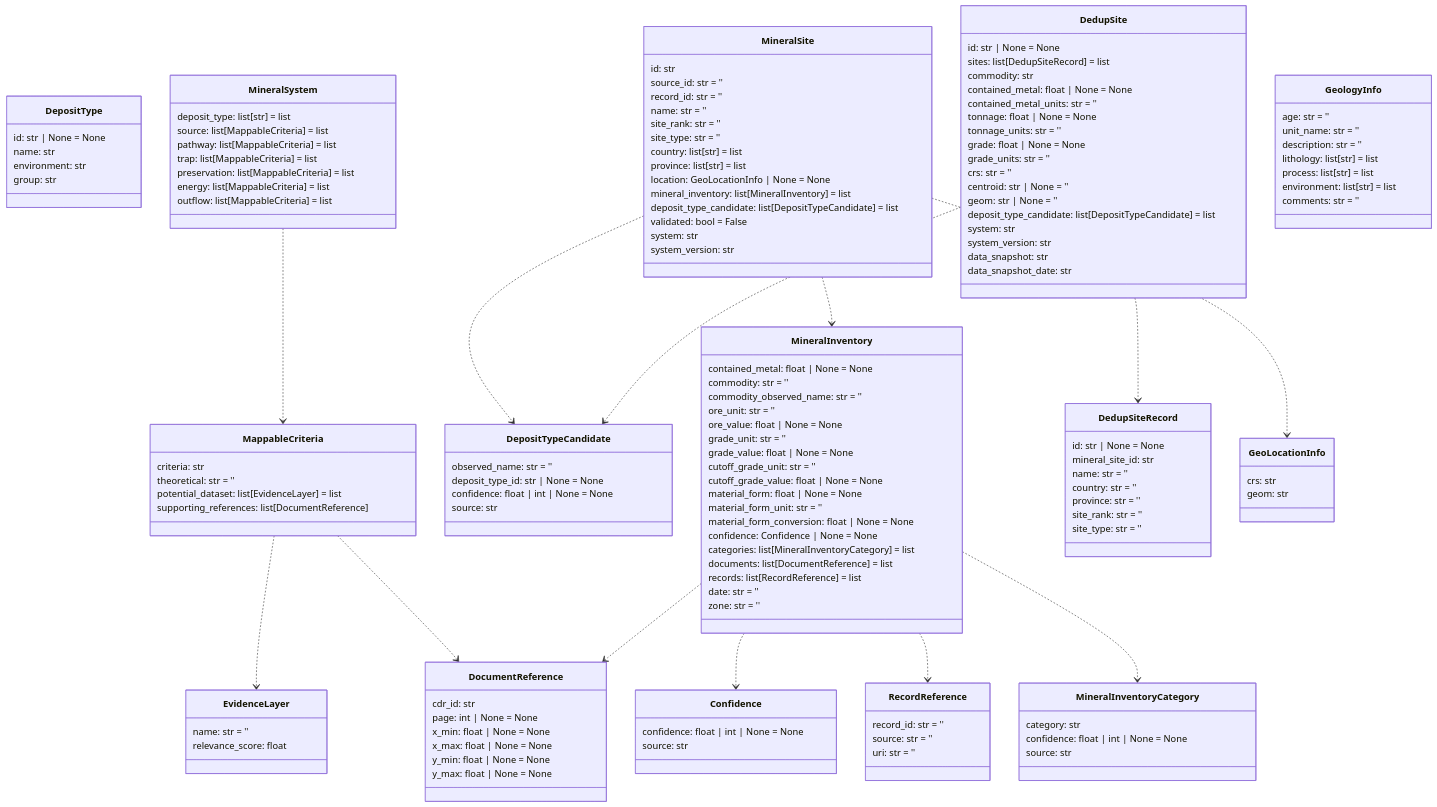
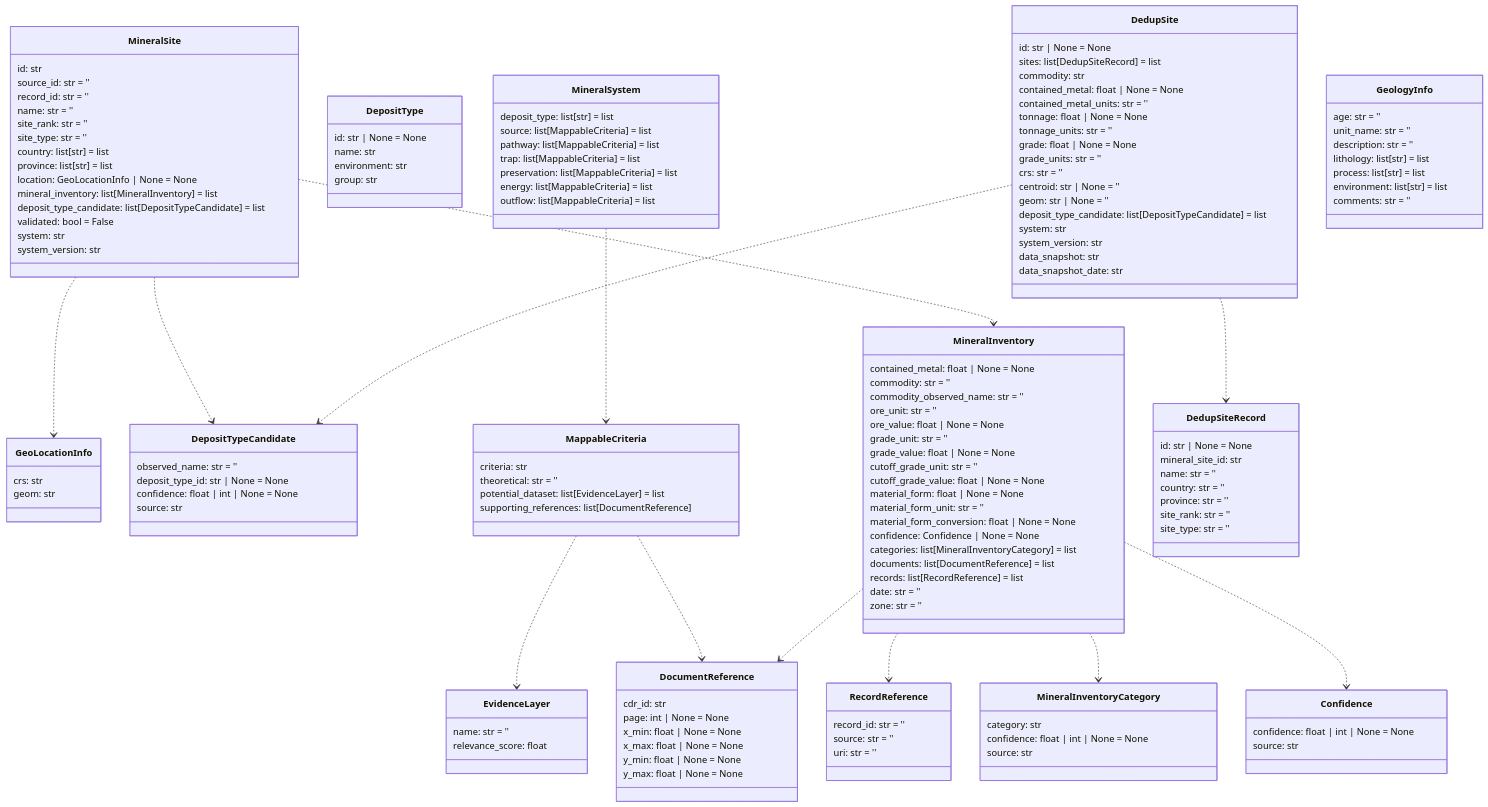
One commit to DARPA-CRITICALMAAS/cdr_schemas changed the tenth of 14 diagrams in README.md. Above: the diagram before and after it, drawn with Mermaid. The commit also changed other lines of this file and 1 other file, not shown here.

````diff
--- a/README.md
+++ b/README.md
@@ -766,10 +766,55 @@
 ```mermaid
 classDiagram
 
-    class RecordReference {
+    class EvidenceLayer {
+        name: str = ''
+        relevance_score: float
+    }
+
+    class MineralSystem {
+        deposit_type: list[str] = list
+        source: list[MappableCriteria] = list
+        pathway: list[MappableCriteria] = list
+        trap: list[MappableCriteria] = list
+        preservation: list[MappableCriteria] = list
+        energy: list[MappableCriteria] = list
+        outflow: list[MappableCriteria] = list
+    }
+
+    class DepositType {
+        id: str | None = None
+        name: str
+        environment: str
+        group: str
+    }
+
+    class GeoLocationInfo {
+        crs: str
+        geom: str
+    }
+
+    class DepositTypeCandidate {
+        observed_name: str = ''
+        deposit_type_id: str | None = None
+        confidence: float | int | None = None
+        source: str
+    }
+
+    class MineralSite {
+        id: str
+        source_id: str = ''
         record_id: str = ''
-        source: str = ''
-        uri: str = ''
+        name: str = ''
+        site_rank: str = ''
+        site_type: str = ''
+        country: list[str] = list
+        province: list[str] = list
+        location: GeoLocationInfo | None = None
+        mineral_inventory: list[MineralInventory] = list
+        deposit_type_candidate: list[DepositTypeCandidate] = list
+        validated: bool = False
+        system: str
+        system_version: str
     }
 
     class MineralInventory {
@@ -793,18 +838,6 @@
         zone: str = ''
     }
 
-    class EvidenceLayer {
-        name: str = ''
-        relevance_score: float
-    }
-
-    class DepositTypeCandidate {
-        observed_name: str = ''
-        deposit_type_id: str | None = None
-        confidence: float | int | None = None
-        source: str
-    }
-
     class DocumentReference {
         cdr_id: str
         page: int | None = None
@@ -821,38 +854,9 @@
         supporting_references: list[DocumentReference]
     }
 
-    class DepositType {
-        id: str | None = None
-        name: str
-        environment: str
-        group: str
-    }
-
-    class MineralSystem {
-        deposit_type: list[str] = list
-        source: list[MappableCriteria] = list
-        pathway: list[MappableCriteria] = list
-        trap: list[MappableCriteria] = list
-        preservation: list[MappableCriteria] = list
-        energy: list[MappableCriteria] = list
-        outflow: list[MappableCriteria] = list
-    }
-
-    class MineralSite {
-        id: str
-        source_id: str = ''
-        record_id: str = ''
-        name: str = ''
-        site_rank: str = ''
-        site_type: str = ''
-        country: list[str] = list
-        province: list[str] = list
-        location: GeoLocationInfo | None = None
-        mineral_inventory: list[MineralInventory] = list
-        deposit_type_candidate: list[DepositTypeCandidate] = list
-        validated: bool = False
-        system: str
-        system_version: str
+    class Confidence {
+        confidence: float | int | None = None
+        source: str
     }
 
     class DedupSiteRecord {
@@ -863,17 +867,6 @@
         province: str = ''
         site_rank: str = ''
         site_type: str = ''
-    }
-
-    class MineralInventoryCategory {
-        category: str
-        confidence: float | int | None = None
-        source: str
-    }
-
-    class GeoLocationInfo {
-        crs: str
-        geom: str
     }
 
     class DedupSite {
@@ -896,7 +889,14 @@
         data_snapshot_date: str
     }
 
-    class Confidence {
+    class RecordReference {
+        record_id: str = ''
+        source: str = ''
+        uri: str = ''
+    }
+
+    class MineralInventoryCategory {
+        category: str
         confidence: float | int | None = None
         source: str
     }
@@ -914,15 +914,15 @@
     MappableCriteria ..> EvidenceLayer
     MappableCriteria ..> DocumentReference
     MineralSystem ..> MappableCriteria
+    MineralInventory ..> RecordReference
+    MineralInventory ..> MineralInventoryCategory
     MineralInventory ..> Confidence
     MineralInventory ..> DocumentReference
-    MineralInventory ..> RecordReference
-    MineralInventory ..> MineralInventoryCategory
     MineralSite ..> DepositTypeCandidate
     MineralSite ..> GeoLocationInfo
     MineralSite ..> MineralInventory
+    DedupSite ..> DepositTypeCandidate
     DedupSite ..> DedupSiteRecord
-    DedupSite ..> DepositTypeCandidate
 
 
 ```
````
